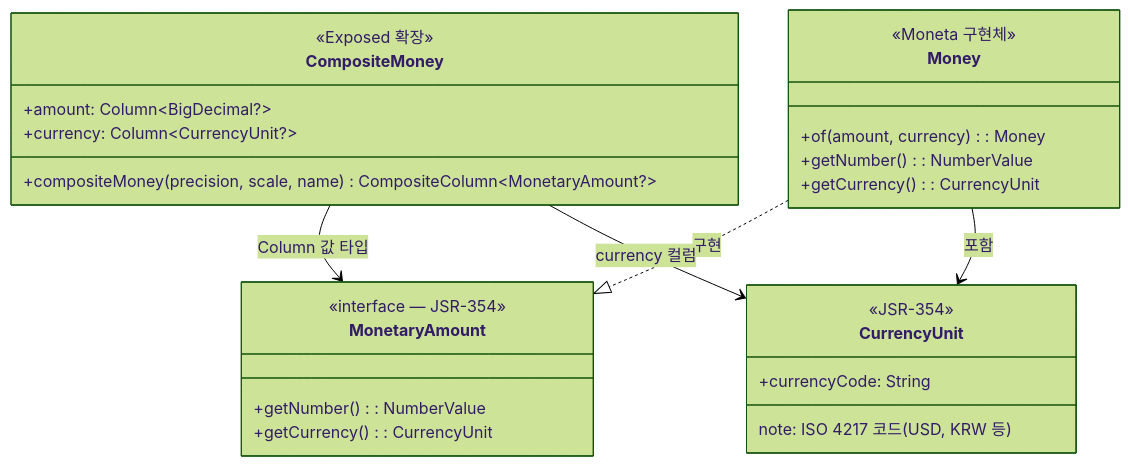
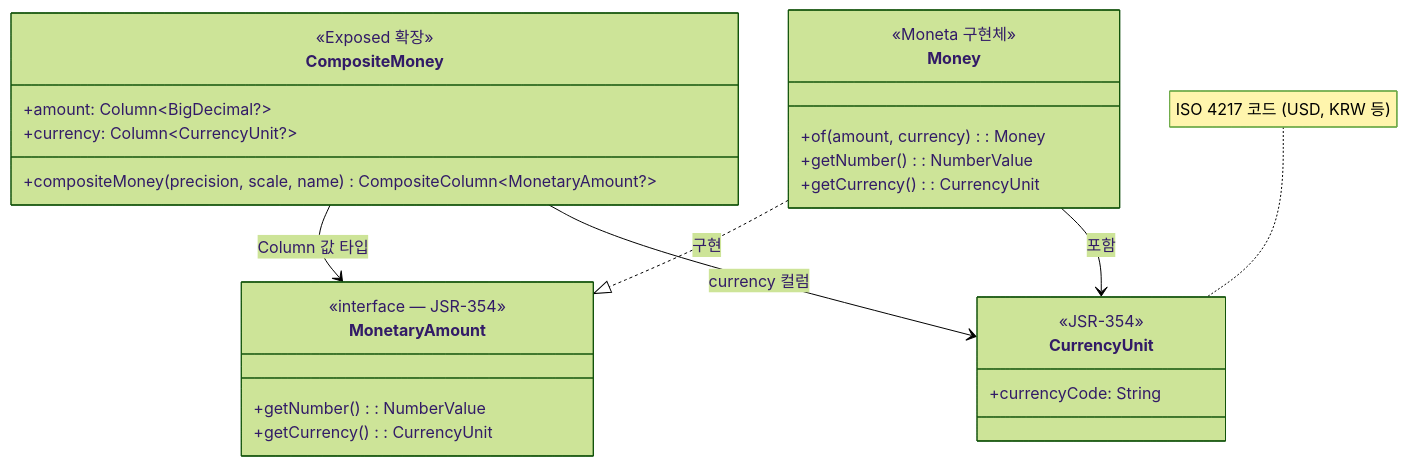
The diagram in 06-advanced/05-exposed-r2dbc-money/README.md (bluetape4k/exposed-r2dbc-workshop), drawn with Mermaid (forest theme) before and after one commit. The commit also changed 8 other files, not shown here.

First line of the commit message:
docs: Mermaid 다이어그램 note 속성 개선

````diff
--- a/06-advanced/05-exposed-r2dbc-money/README.md
+++ b/06-advanced/05-exposed-r2dbc-money/README.md
@@ -43,30 +43,30 @@
 ```mermaid
 classDiagram
     class CompositeMoney {
         <<Exposed 확장>>
         +compositeMoney(precision, scale, name) CompositeColumn~MonetaryAmount?~
         +amount: Column~BigDecimal?~
         +currency: Column~CurrencyUnit?~
     }
     class MonetaryAmount {
         <<interface — JSR-354>>
         +getNumber(): NumberValue
         +getCurrency(): CurrencyUnit
     }
     class Money {
         <<Moneta 구현체>>
         +of(amount, currency): Money
         +getNumber(): NumberValue
         +getCurrency(): CurrencyUnit
     }
     class CurrencyUnit {
         <<JSR-354>>
         +currencyCode: String
-        note: ISO 4217 코드 (USD, KRW 등)
     }
+    note for CurrencyUnit "ISO 4217 코드 (USD, KRW 등)"
 
     CompositeMoney --> MonetaryAmount : Column 값 타입
     Money ..|> MonetaryAmount : 구현
     Money --> CurrencyUnit : 포함
     CompositeMoney --> CurrencyUnit : currency 컬럼
 ```
````
